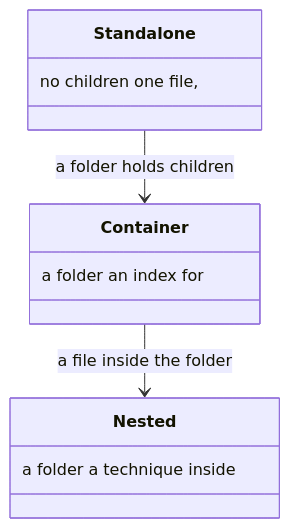
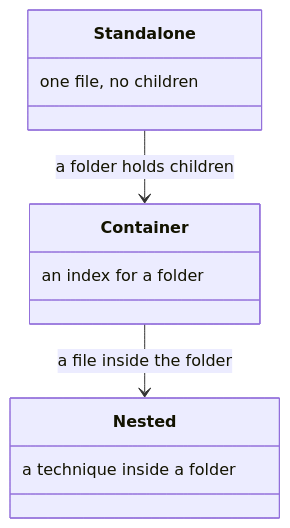
The second of 14 diagrams in docs/technique.md (m2ux/workflow-server), drawn with Mermaid before and after one commit. The commit also changed other lines of this file and 10 other files, not shown here.

Commit message:
Write each class-box note in reading order so the diagram shows the phrase as written.

````diff
--- a/docs/technique.md
+++ b/docs/technique.md
@@ -24,14 +24,14 @@
 ```mermaid
 classDiagram
   class Standalone {
-    no children one file,
+    one file, no children
   }
   class Container {
-    a folder an index for
+    an index for a folder
   }
   class Nested {
-    a folder a technique inside
+    a technique inside a folder
   }
   Standalone --> Container : a folder holds children
   Container --> Nested : a file inside the folder
 ```
````
